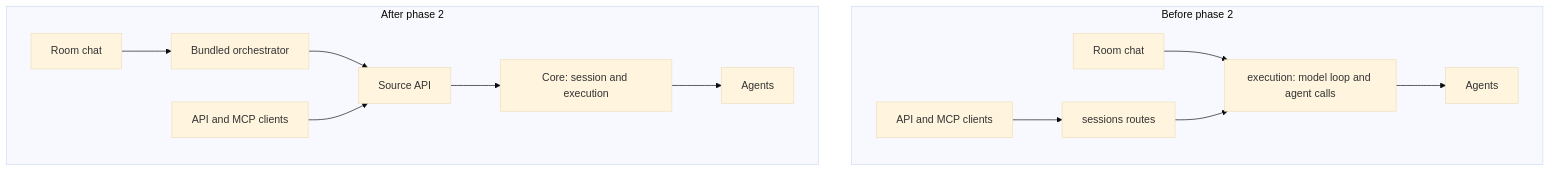
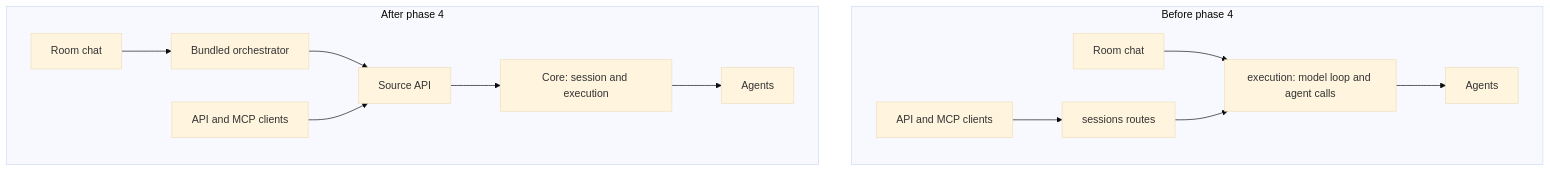
The second of 2 diagrams in docs/roadmap.md (hybroai/hybro), drawn with Mermaid (base theme) before and after one commit. The commit also changed other lines of this file and 1 other file, not shown here.

First line of the commit message:
docs(roadmap): move source identity and check rules ahead of the move-out

````diff
--- a/docs/roadmap.md
+++ b/docs/roadmap.md
@@ -97,17 +175,17 @@
 ```mermaid
 flowchart TB
-    subgraph before["Before phase 2"]
+    subgraph before["Before phase 4"]
         b_chat["Room chat"] --> b_exec["execution: model loop and agent calls"]
         b_clients["API and MCP clients"] --> b_sessions["sessions routes"]
         b_sessions --> b_exec
         b_exec --> b_agents["Agents"]
     end
 
-    subgraph after["After phase 2"]
+    subgraph after["After phase 4"]
         a_chat["Room chat"] --> a_orch["Bundled orchestrator"]
         a_orch --> a_api["Source API"]
         a_clients["API and MCP clients"] --> a_api
         a_api --> a_core["Core: session and execution"]
         a_core --> a_agents["Agents"]
     end
 ```
````
